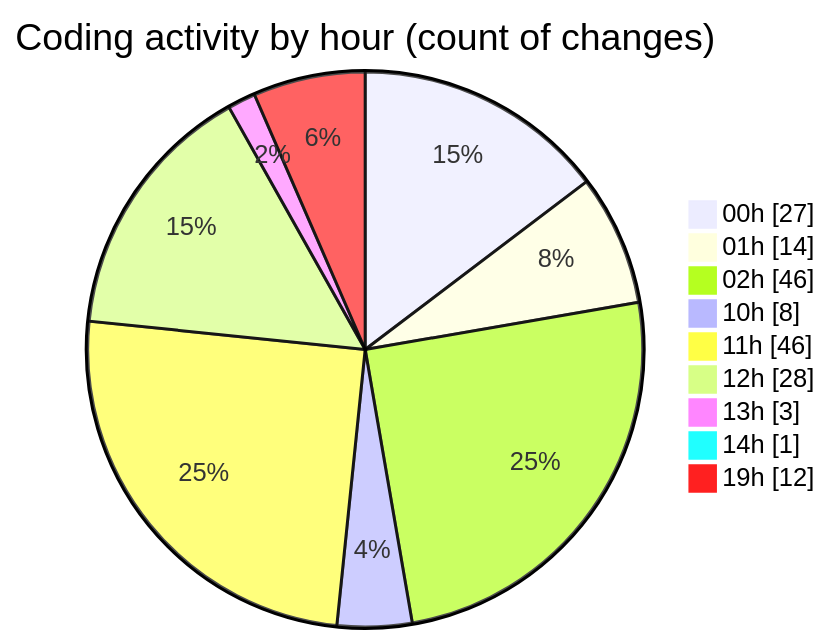
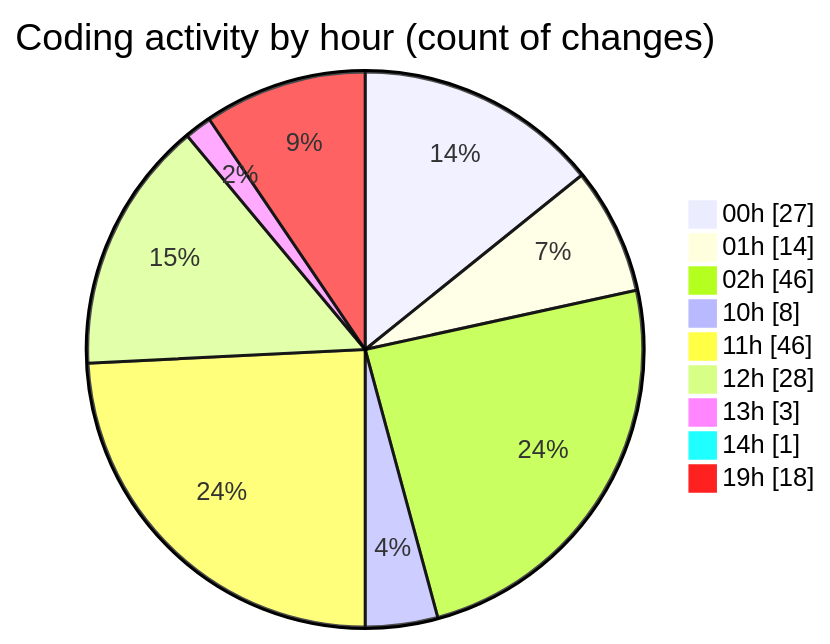
One commit to lephambinh05/code-tracking changed the second of 2 diagrams in 2025-07-17/nhahang/README.md. Above: the diagram before and after it, drawn with Mermaid. The commit also changed other lines of this file and 1 other file, not shown here.

````diff
--- a/2025-07-17/nhahang/README.md
+++ b/2025-07-17/nhahang/README.md
@@ -78,13 +84,13 @@
 ```mermaid
 pie showData
 title Coding activity by hour (count of changes)
 "00h" : 27
 "01h" : 14
 "02h" : 46
 "10h" : 8
 "11h" : 46
 "12h" : 28
 "13h" : 3
 "14h" : 1
-"19h" : 12
+"19h" : 18
 ```
````
